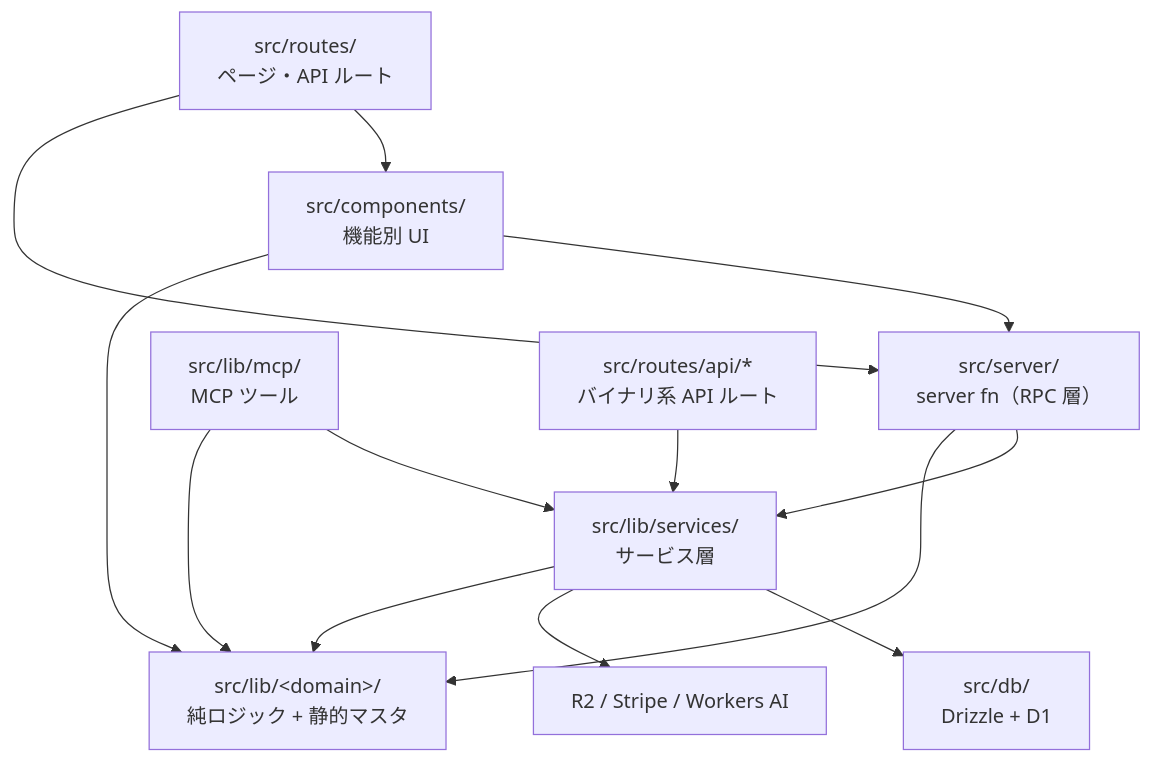
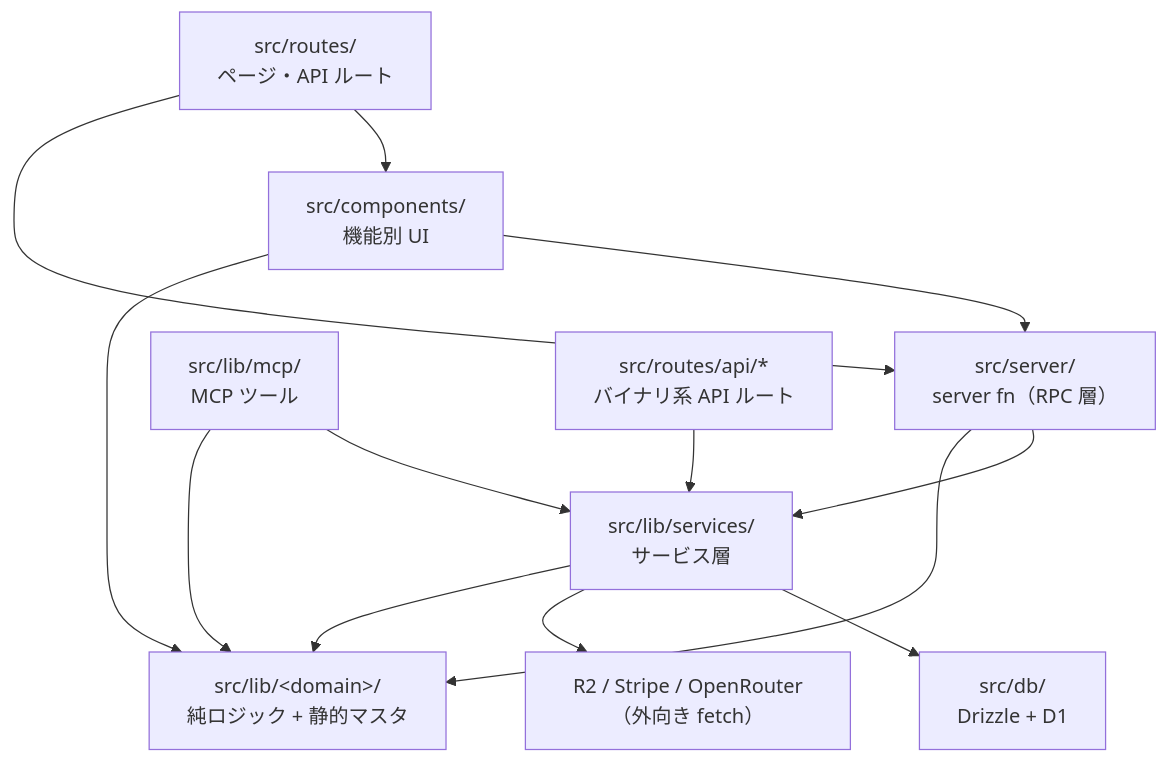
One commit to mpppk/wine changed the diagram in docs/architecture.md. Above: the diagram before and after it, drawn with Mermaid. The commit also changed other lines of this file and 2 other files, not shown here.

First line of the commit message:
docs: Workers AI廃止後の残存記述とスクリーンショット手順を更新 (#650) (#654)

````diff
--- a/docs/architecture.md
+++ b/docs/architecture.md
@@ -58,15 +58,15 @@
 ```mermaid
 graph TD
     R["src/routes/<br>ページ・API ルート"] --> C["src/components/<br>機能別 UI"]
     R --> S["src/server/<br>server fn（RPC 層）"]
     C --> S
     M["src/lib/mcp/<br>MCP ツール"] --> SV
     S --> SV["src/lib/services/<br>サービス層"]
     A["src/routes/api/*<br>バイナリ系 API ルート"] --> SV
     SV --> DB["src/db/<br>Drizzle + D1"]
-    SV --> EXT["R2 / Stripe / Workers AI"]
+    SV --> EXT["R2 / Stripe / OpenRouter（外向き fetch）"]
     SV --> L
     S --> L["src/lib/&lt;domain&gt;/<br>純ロジック + 静的マスタ"]
     C --> L
     M --> L
 ```
````
